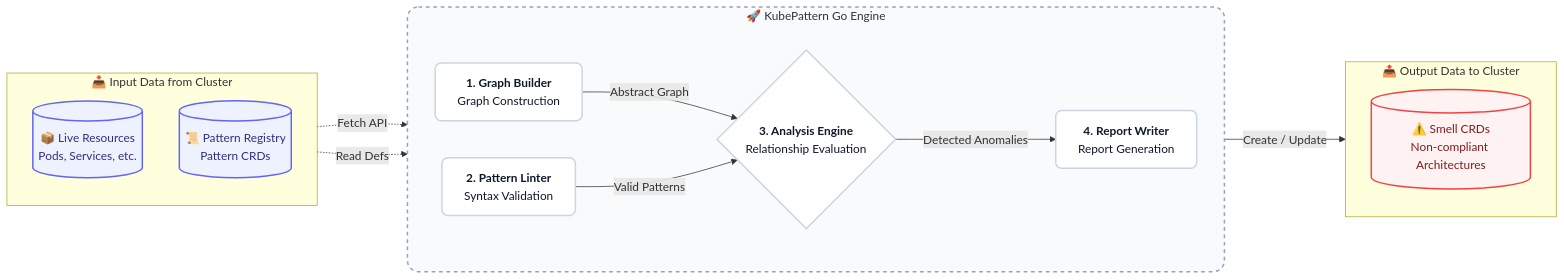
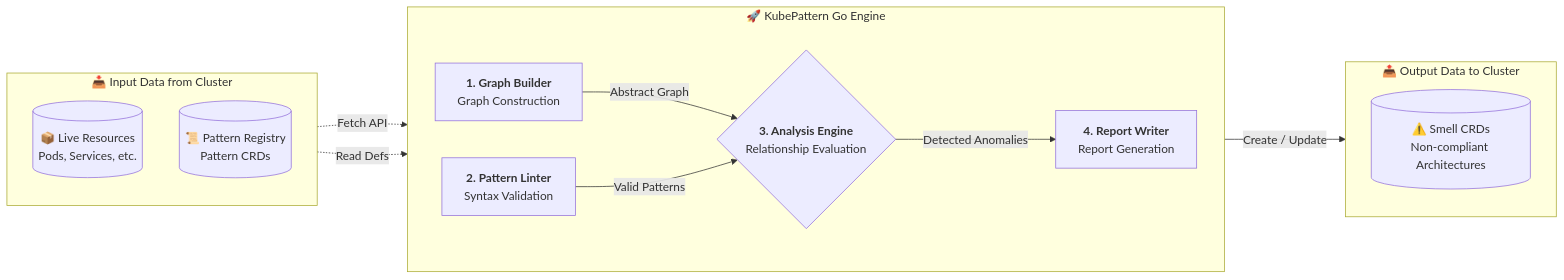
One commit to kubepattern/doc changed the diagram in docs/KubePattern Core/analysis.md. Above: the diagram before and after it, drawn with Mermaid. The commit also changed other lines of this file and 1 other file, not shown here.

Commit message:
update analysis engine and pattern-as-code documentation
Added technical details on Kubernetes data fetching strategies, including lazy fetching, caching, and inheritance tree reconstruction. Clarified that patterns should be written to identify non-compliant resources and fixed minor formatting in the API documentation.

````diff
--- a/docs/KubePattern Core/analysis.md
+++ b/docs/KubePattern Core/analysis.md
@@ -47,42 +55,36 @@
 ```mermaid
 flowchart LR
-    %% Style Definitions (Modern Palette)
-    classDef input fill:#eef2ff,stroke:#6366f1,stroke-width:2px,color:#312e81,rx:10px,ry:10px
-    classDef output fill:#fef2f2,stroke:#ef4444,stroke-width:2px,color:#7f1d1d,rx:10px,ry:10px
-    classDef step fill:#ffffff,stroke:#cbd5e1,stroke-width:2px,color:#0f172a,rx:8px,ry:8px,shadow:true
-    classDef pipeline fill:#f8fafc,stroke:#94a3b8,stroke-width:2px,stroke-dasharray: 5 5,rx:15px,ry:15px
-
     %% Data Sources
     subgraph ClusterInput [📥 Input Data from Cluster]
         direction TB
         LiveRes[(📦 Live Resources\nPods, Services, etc.)]:::input
         PatReg[(📜 Pattern Registry\nPattern CRDs)]:::input
     end
 
     %% Core Engine
     subgraph Pipeline [🚀 KubePattern Go Engine]
         direction LR
         GB[<b>1. Graph Builder</b><br/>Graph Construction]:::step
         PL[<b>2. Pattern Linter</b><br/>Syntax Validation]:::step
         AE{<b>3. Analysis Engine</b><br/>Relationship Evaluation}:::step
         RW[<b>4. Report Writer</b><br/>Report Generation]:::step
 
         GB -->|Abstract Graph| AE
         PL -->|Valid Patterns| AE
         AE -->|Detected Anomalies| RW
     end
 
     %% Results
     subgraph ClusterOutput [📤 Output Data to Cluster]
         direction TB
         Smells[(⚠️ Smell CRDs\nNon-compliant Architectures)]:::output
     end
 
     %% External Connections
     LiveRes -. "Fetch API" .-> GB
     PatReg -. "Read Defs" .-> PL
     RW -- "Create / Update" --> Smells
 
     %% Assign class to the central Subgraph
     class Pipeline pipeline
 ```
````
